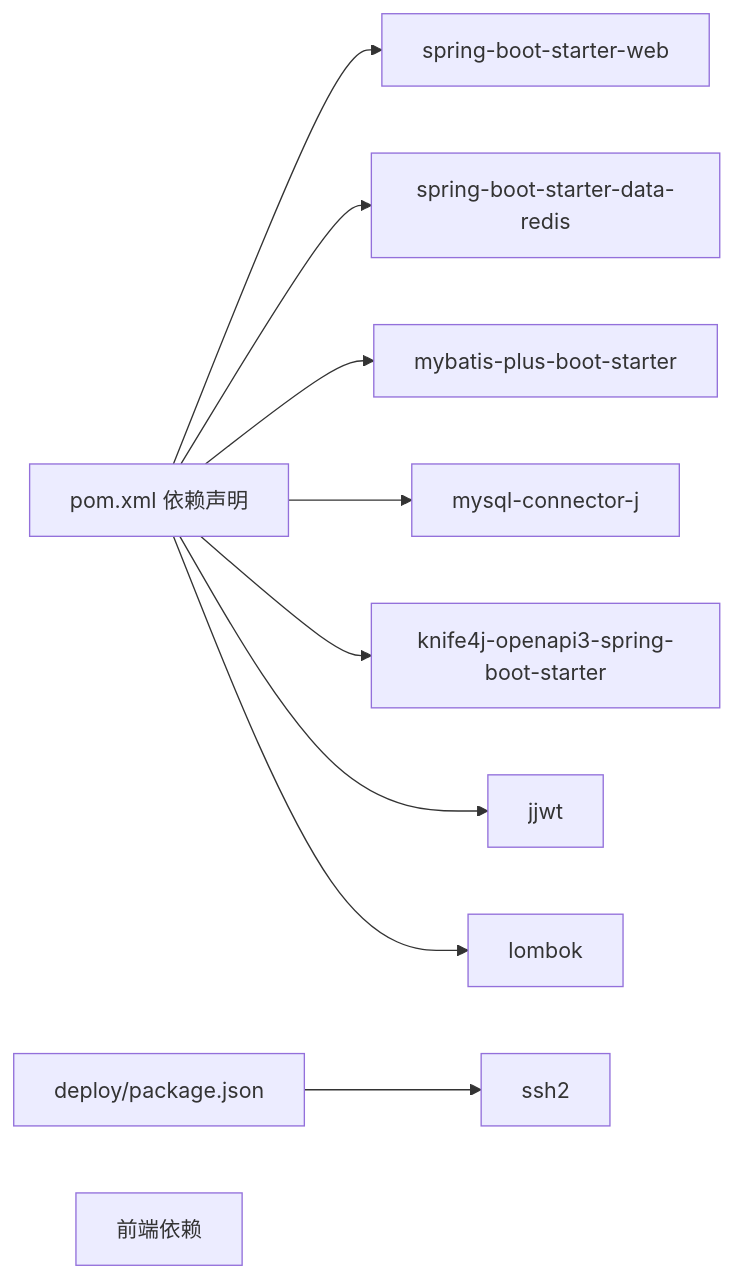
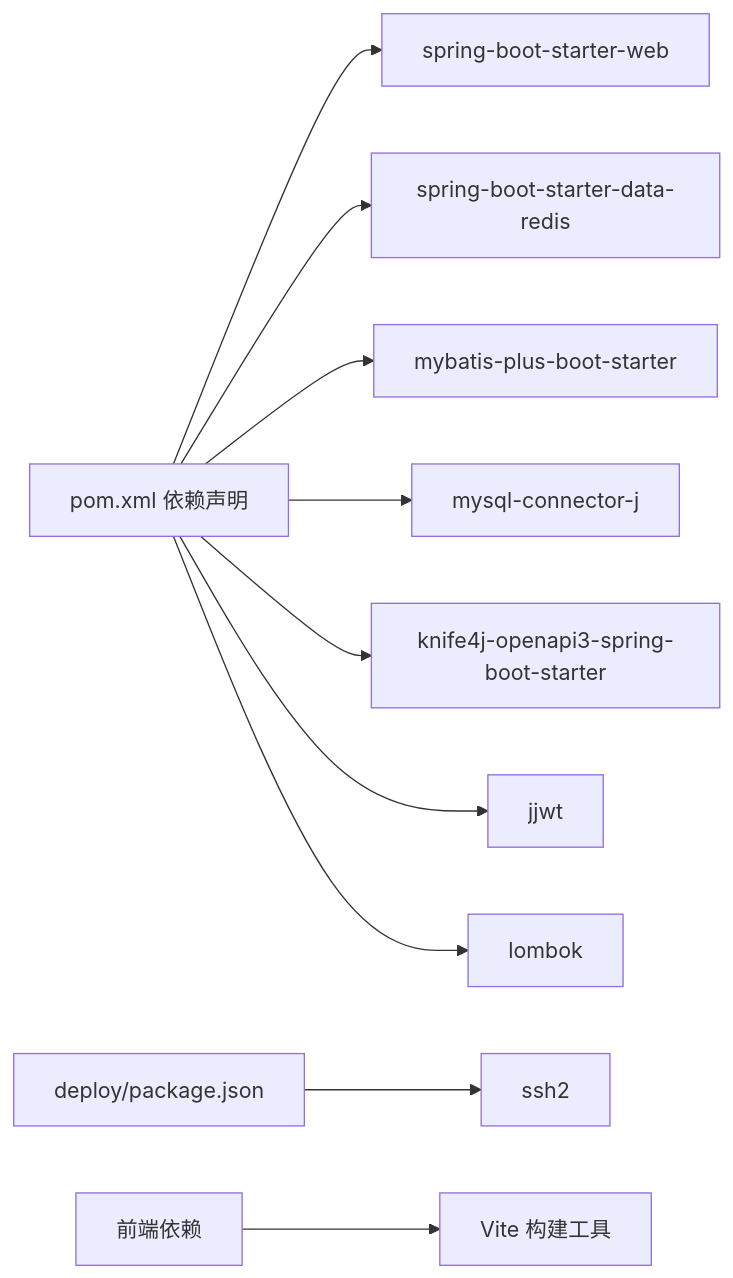
One commit to junjiechen66/newWorld changed the sixth of 6 diagrams in .qoder/repowiki/zh/content/部署指南/部署指南.md. Above: the diagram before and after it, drawn with Mermaid. The commit also changed other lines of this file and 70 other files, not shown here.

````diff
--- a/.qoder/repowiki/zh/content/部署指南/部署指南.md
+++ b/.qoder/repowiki/zh/content/部署指南/部署指南.md
@@ -398,22 +414,24 @@
 ```mermaid
 graph LR
 POM["pom.xml 依赖声明"]
 WEB["spring-boot-starter-web"]
 REDIS["spring-boot-starter-data-redis"]
 MP["mybatis-plus-boot-starter"]
 MYSQL["mysql-connector-j"]
 K4J["knife4j-openapi3-spring-boot-starter"]
 JWT["jjwt"]
 LOMBOK["lombok"]
 DEPLOY_PKG["deploy/package.json"]
 SSH2["ssh2"]
 FRONTEND["前端依赖"]
+VITE["Vite 构建工具"]
 POM --> WEB
 POM --> REDIS
 POM --> MP
 POM --> MYSQL
 POM --> K4J
 POM --> JWT
 POM --> LOMBOK
 DEPLOY_PKG --> SSH2
+FRONTEND --> VITE
 ```
````
